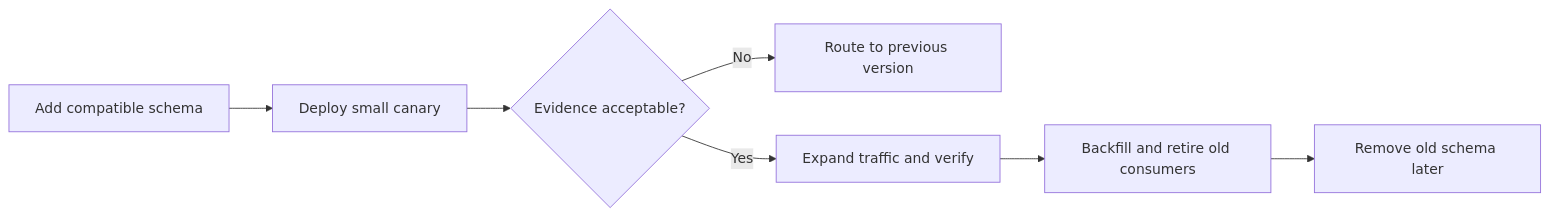
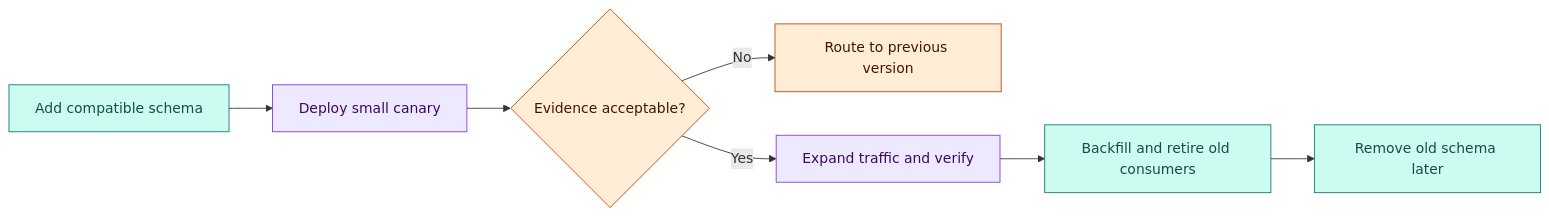
The fourth of 4 diagrams in chapters/04-cloud-and-infrastructure.md (Shaktiprasadram22/system-design-26-week-roadmap), drawn with Mermaid before and after one commit. The commit also changed other lines of this file and 21 other files, not shown here.

````diff
--- a/chapters/04-cloud-and-infrastructure.md
+++ b/chapters/04-cloud-and-infrastructure.md
@@ -366,9 +426,17 @@
 ```mermaid
 flowchart LR
     A[Add compatible schema] --> B[Deploy small canary]
     B --> C{Evidence acceptable?}
     C -->|No| D[Route to previous version]
     C -->|Yes| E[Expand traffic and verify]
     E --> F[Backfill and retire old consumers]
     F --> G[Remove old schema later]
+
+    classDef input fill:#dbeafe,stroke:#2563eb,color:#172554;
+    classDef service fill:#ede9fe,stroke:#7c3aed,color:#3b0764;
+    classDef data fill:#ccfbf1,stroke:#0f766e,color:#134e4a;
+    classDef edge fill:#ffedd5,stroke:#c2410c,color:#431407;
+    class A,F,G data;
+    class B,E service;
+    class C,D edge;
 ```
````
